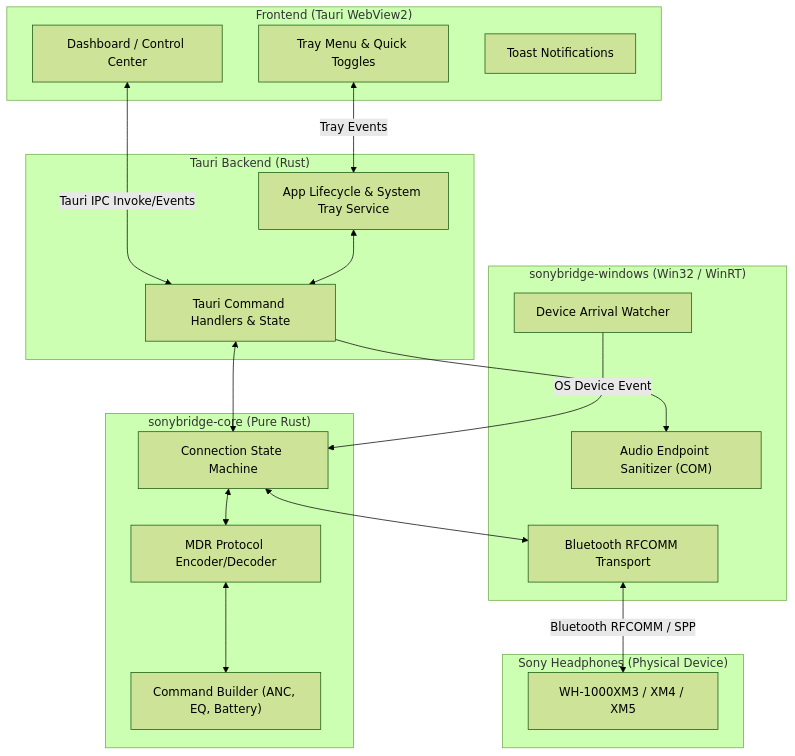
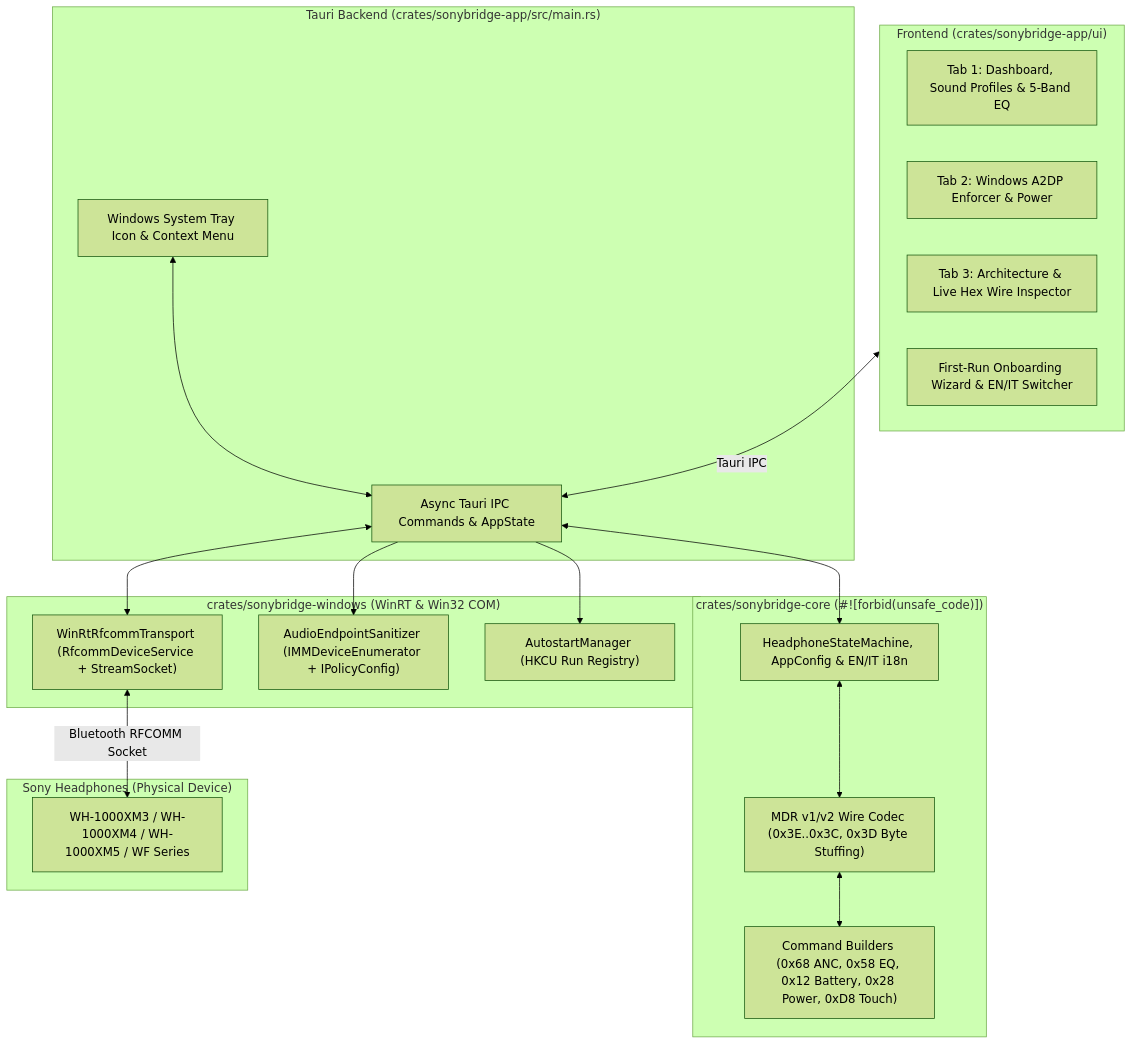
Before and after one commit to DooperDrew/sonybridge: the diagram in docs/03-architecture.md, drawn with Mermaid (forest theme). The commit also changed other lines of this file and 23 other files, not shown here.

Commit message:
docs & packaging: add 4-channel download/install docs (WinGet, Scoop, WinForms Setup Wizard, Portable ZIP), Inno Setup script, release workflow, and sync all specs

````diff
--- a/docs/03-architecture.md
+++ b/docs/03-architecture.md
@@ -19,40 +20,40 @@
 ```mermaid
 flowchart TD
-    subgraph UI ["Frontend (Tauri WebView2)"]
-        A["Dashboard / Control Center"]
-        B["Tray Menu & Quick Toggles"]
-        C["Toast Notifications"]
+    subgraph UI ["Frontend (crates/sonybridge-app/ui)"]
+        A["Tab 1: Dashboard, Sound Profiles & 5-Band EQ"]
+        B["Tab 2: Windows A2DP Enforcer & Power"]
+        C["Tab 3: Architecture & Live Hex Wire Inspector"]
+        D["First-Run Onboarding Wizard & EN/IT Switcher"]
     end
 
-    subgraph Backend ["Tauri Backend (Rust)"]
-        D["Tauri Command Handlers & State"]
-        E["App Lifecycle & System Tray Service"]
+    subgraph Backend ["Tauri Backend (crates/sonybridge-app/src/main.rs)"]
+        E["Async Tauri IPC Commands & AppState"]
+        F["Windows System Tray Icon & Context Menu"]
     end
 
-    subgraph Core ["sonybridge-core (Pure Rust)"]
-        F["MDR Protocol Encoder/Decoder"]
-        G["Command Builder (ANC, EQ, Battery)"]
-        H["Connection State Machine"]
+    subgraph Core ["crates/sonybridge-core (#![forbid(unsafe_code)])"]
+        G["MDR v1/v2 Wire Codec (0x3E..0x3C, 0x3D Byte Stuffing)"]
+        H["Command Builders (0x68 ANC, 0x58 EQ, 0x12 Battery, 0x28 Power, 0xD8 Touch)"]
+        I["HeadphoneStateMachine, AppConfig & EN/IT i18n"]
     end
 
-    subgraph Platform ["sonybridge-windows (Win32 / WinRT)"]
-        I["Bluetooth RFCOMM Transport"]
-        J["Audio Endpoint Sanitizer (COM)"]
-        K["Device Arrival Watcher"]
+    subgraph Platform ["crates/sonybridge-windows (WinRT & Win32 COM)"]
+        J["WinRtRfcommTransport (RfcommDeviceService + StreamSocket)"]
+        K["AudioEndpointSanitizer (IMMDeviceEnumerator + IPolicyConfig)"]
+        L["AutostartManager (HKCU Run Registry)"]
     end
 
     subgraph Hardware ["Sony Headphones (Physical Device)"]
-        L["WH-1000XM3 / XM4 / XM5"]
+        M["WH-1000XM3 / WH-1000XM4 / WH-1000XM5 / WF Series"]
     end
 
-    A <-->|Tauri IPC Invoke/Events| D
-    B <-->|Tray Events| E
-    D <--> H
-    E <--> D
-    H <--> F
-    F <--> G
-    H <--> I
-    I <-->|Bluetooth RFCOMM / SPP| L
-    D --> J
-    K -->|OS Device Event| H
+    UI <-->|"Tauri IPC"| E
+    F <--> E
+    E <--> I
+    I <--> G
+    G <--> H
+    E <--> J
+    J <-->|"Bluetooth RFCOMM Socket"| M
+    E --> K
+    E --> L
 ```
````
